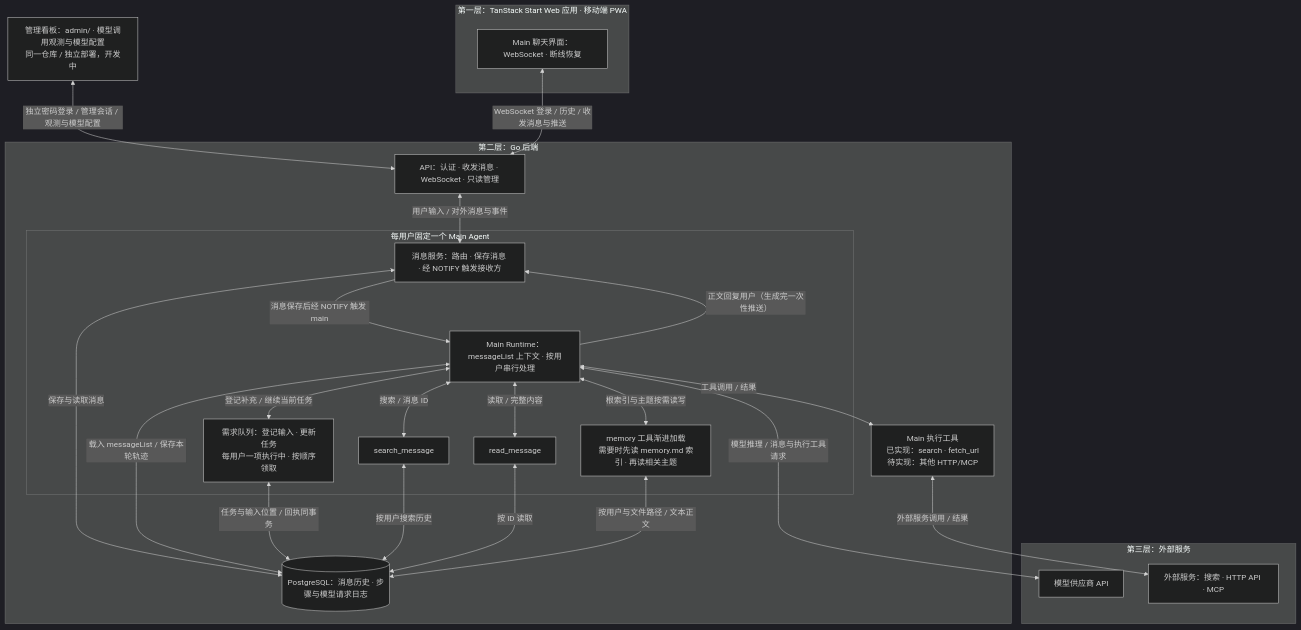
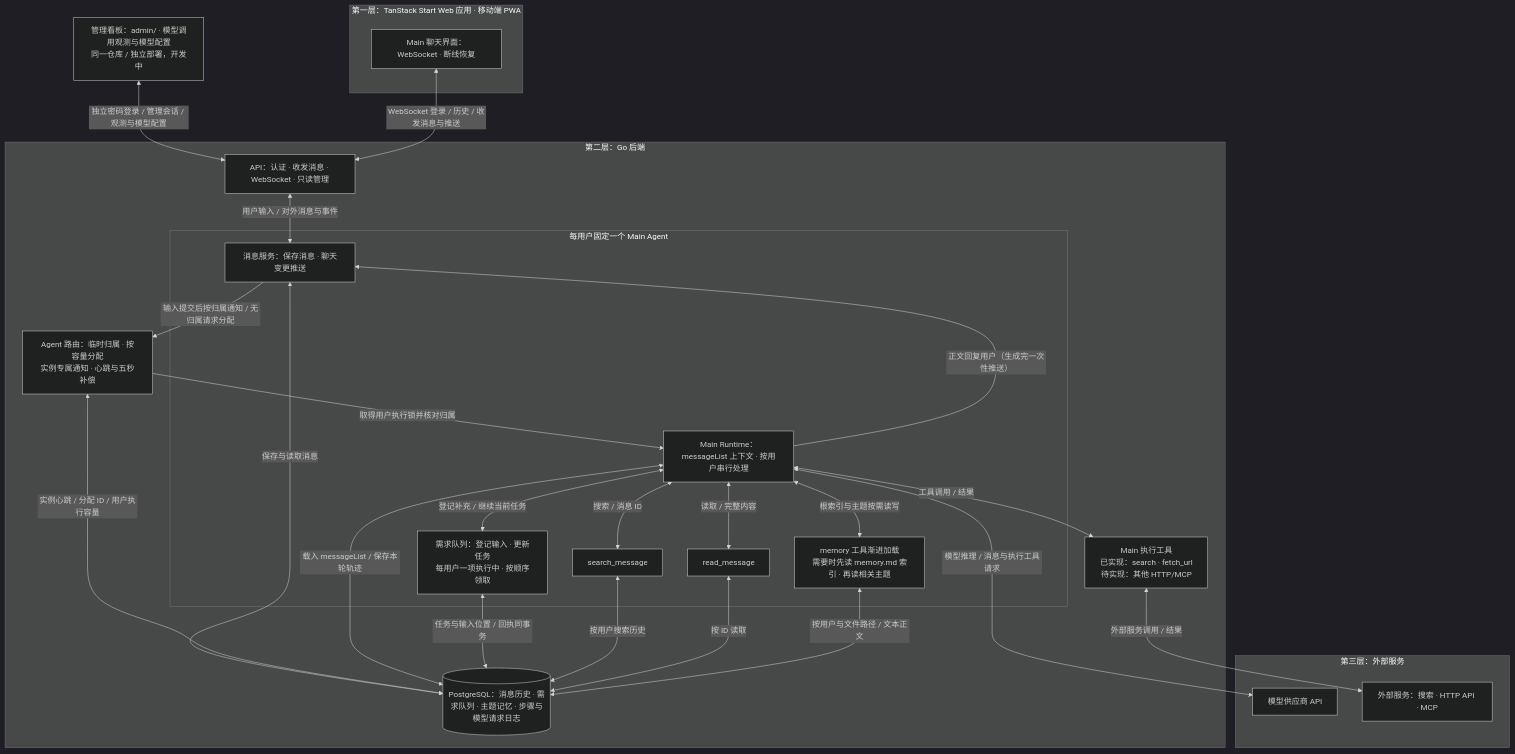
One commit to OmniNetOpensource/aether-personal changed the diagram in docs/architecture.mmd. Above: the diagram before and after it, drawn with Mermaid (dark theme). The commit also changed 13 other files, not shown here.

```diff
--- a/docs/architecture.mmd
+++ b/docs/architecture.mmd
@@ -1,48 +1,51 @@
 flowchart TD
     subgraph L1["第一层：TanStack Start Web 应用 · 移动端 PWA"]
         CLIENT["Main 聊天界面：WebSocket · 断线恢复"]
     end
 
     subgraph L2["第二层：Go 后端"]
         API["API：认证 · 收发消息 · WebSocket · 只读管理"]
-        MESSAGES["消息服务：路由 · 保存消息 · 经 NOTIFY 触发接收方"]
-        DB[("PostgreSQL：消息历史 · 步骤与模型请求日志")]
+        MESSAGES["消息服务：保存消息 · 聊天变更推送"]
+        ROUTING["Agent 路由：临时归属 · 按容量分配<br/>实例专属通知 · 心跳与五秒补偿"]
+        DB[("PostgreSQL：消息历史 · 需求队列 · 主题记忆 · 步骤与模型请求日志")]
 
         subgraph MAINBOX["每用户固定一个 Main Agent"]
             MAIN["Main Runtime：messageList 上下文 · 按用户串行处理"]
             TASKS["需求队列：登记输入 · 更新任务<br/>每用户一项执行中 · 按顺序领取"]
             SEARCH["search_message"]
             READ["read_message"]
             MEMORY["memory 工具渐进加载<br/>需要时先读 memory.md 索引 · 再读相关主题"]
 
             MAIN <-->|"登记补充 / 继续当前任务"| TASKS
             MAIN <-->|"搜索 / 消息 ID"| SEARCH
             MAIN <-->|"读取 / 完整内容"| READ
             MAIN <-->|"根索引与主题按需读写"| MEMORY
             MAIN -->|"正文回复用户（生成完一次性推送）"| MESSAGES
         end
 
         TOOLS["Main 执行工具<br/>已实现：search · fetch_url<br/>待实现：其他 HTTP/MCP"]
         MAIN <-->|"工具调用 / 结果"| TOOLS
         API <-->|"用户输入 / 对外消息与事件"| MESSAGES
         MESSAGES <-->|"保存与读取消息"| DB
-        MESSAGES -->|"消息保存后经 NOTIFY 触发 main"| MAIN
+        MESSAGES -->|"输入提交后按归属通知 / 无归属请求分配"| ROUTING
+        ROUTING <-->|"实例心跳 / 分配 ID / 用户执行容量"| DB
+        ROUTING -->|"取得用户执行锁并核对归属"| MAIN
         MAIN <-->|"载入 messageList / 保存本轮轨迹"| DB
 
         TASKS <-->|"任务与输入位置 / 回执同事务"| DB
         SEARCH <-->|"按用户搜索历史"| DB
         READ <-->|"按 ID 读取"| DB
         MEMORY <-->|"按用户与文件路径 / 文本正文"| DB
 
     end
 
     subgraph L3["第三层：外部服务"]
         MODEL["模型供应商 API"]
         EXTERNAL["外部服务：搜索 · HTTP API · MCP"]
     end
 
     ADMIN["管理看板：admin/ · 模型调用观测与模型配置<br/>同一仓库 / 独立部署，开发中"]
     ADMIN <-->|"独立密码登录 / 管理会话 / 观测与模型配置"| API
     CLIENT <-->|"WebSocket 登录 / 历史 / 收发消息与推送"| API
     MAIN <-->|"模型推理 / 消息与执行工具请求"| MODEL
     TOOLS <-->|"外部服务调用 / 结果"| EXTERNAL
```
